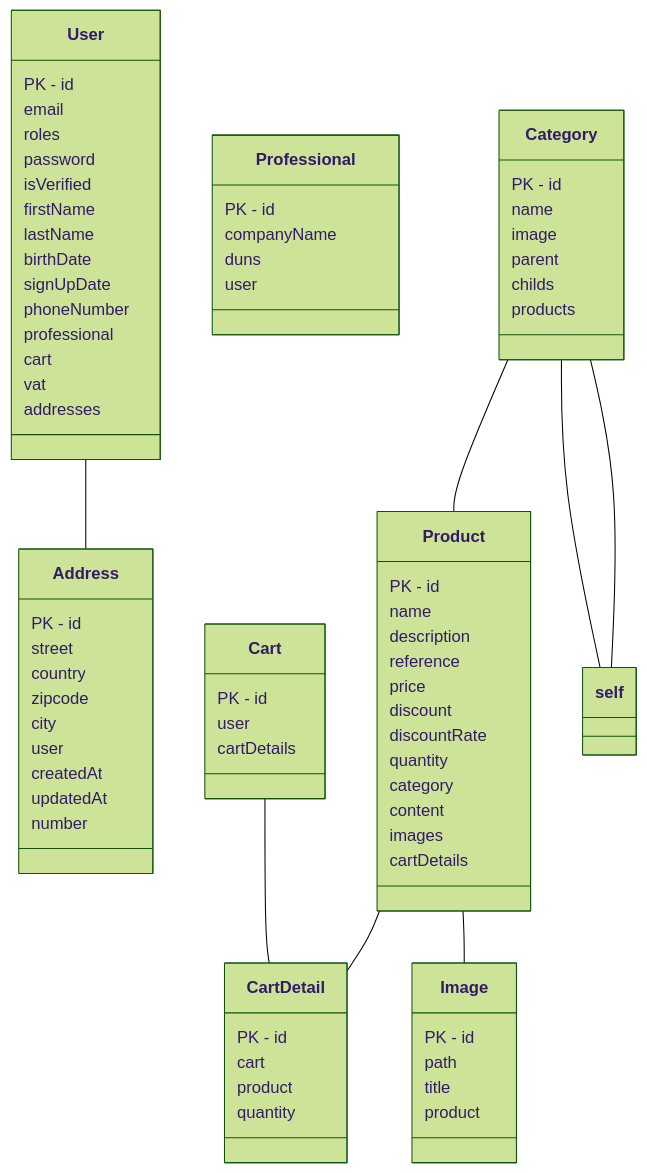
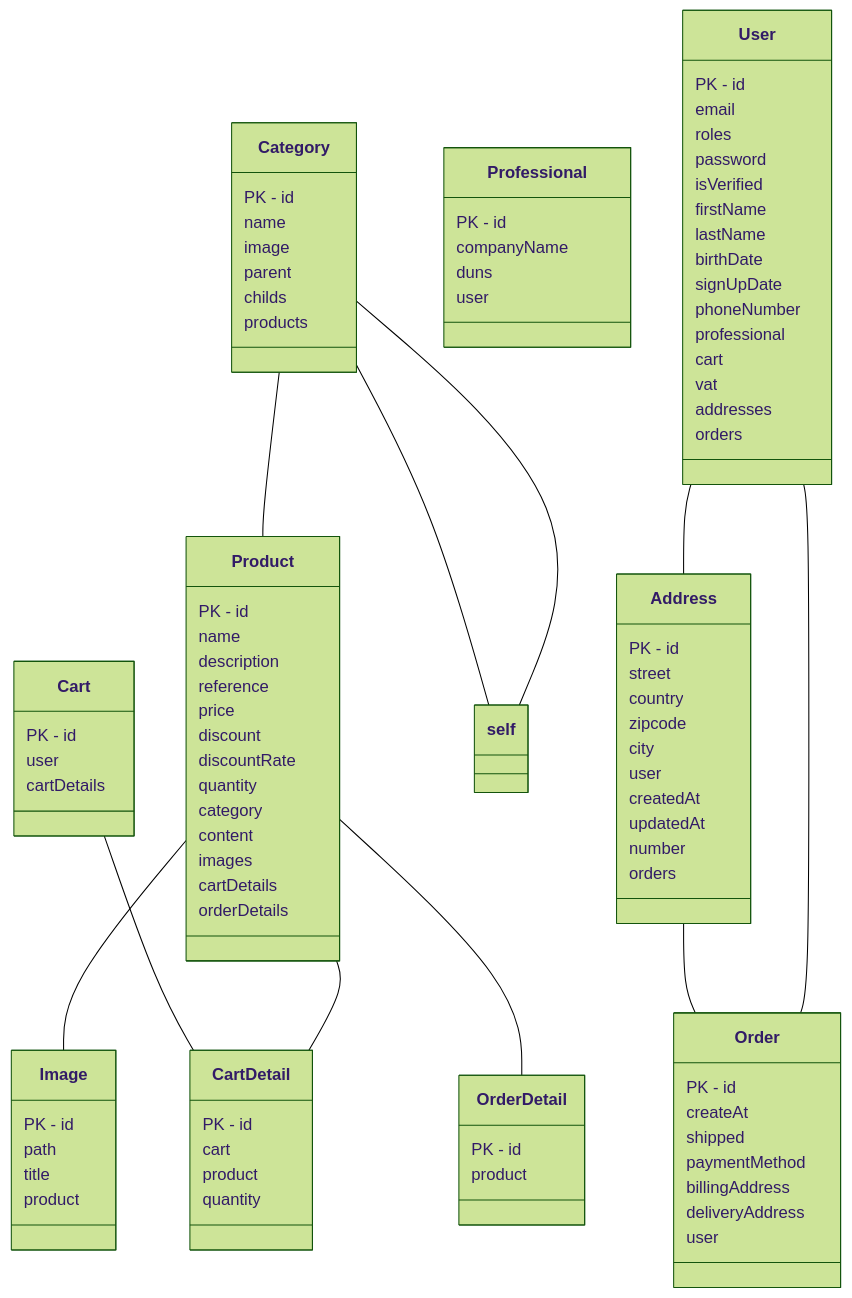
The diagram in UML.md (Mochafe/Projet-Fil-Rouge-Symfony-V1), drawn with Mermaid (forest theme) before and after one commit. The commit also changed 8 other files, not shown here.

````diff
--- a/UML.md
+++ b/UML.md
@@ -11,8 +11,10 @@
 createdAt
 updatedAt
 number
+orders
 }
 
+Address -- Order
 class Cart{
 PK - id
 user
@@ -27,6 +29,23 @@
 quantity
 }
 
+class Image{
+PK - id
+path
+title
+product
+}
+
+class Order{
+PK - id
+createAt
+shipped
+paymentMethod
+billingAddress
+deliveryAddress
+user
+}
+
 class Category{
 PK - id
 name
@@ -39,10 +58,8 @@
 Category -- self
 Category -- self
 Category -- Product
-class Image{
+class OrderDetail{
 PK - id
-path
-title
 product
 }
 
@@ -59,10 +76,12 @@
 content
 images
 cartDetails
+orderDetails
 }
 
 Product -- Image
 Product -- CartDetail
+Product -- OrderDetail
 class Professional{
 PK - id
 companyName
@@ -85,8 +104,10 @@
 cart
 vat
 addresses
+orders
 }
 
 User -- Address
+User -- Order
 
 ```
````
